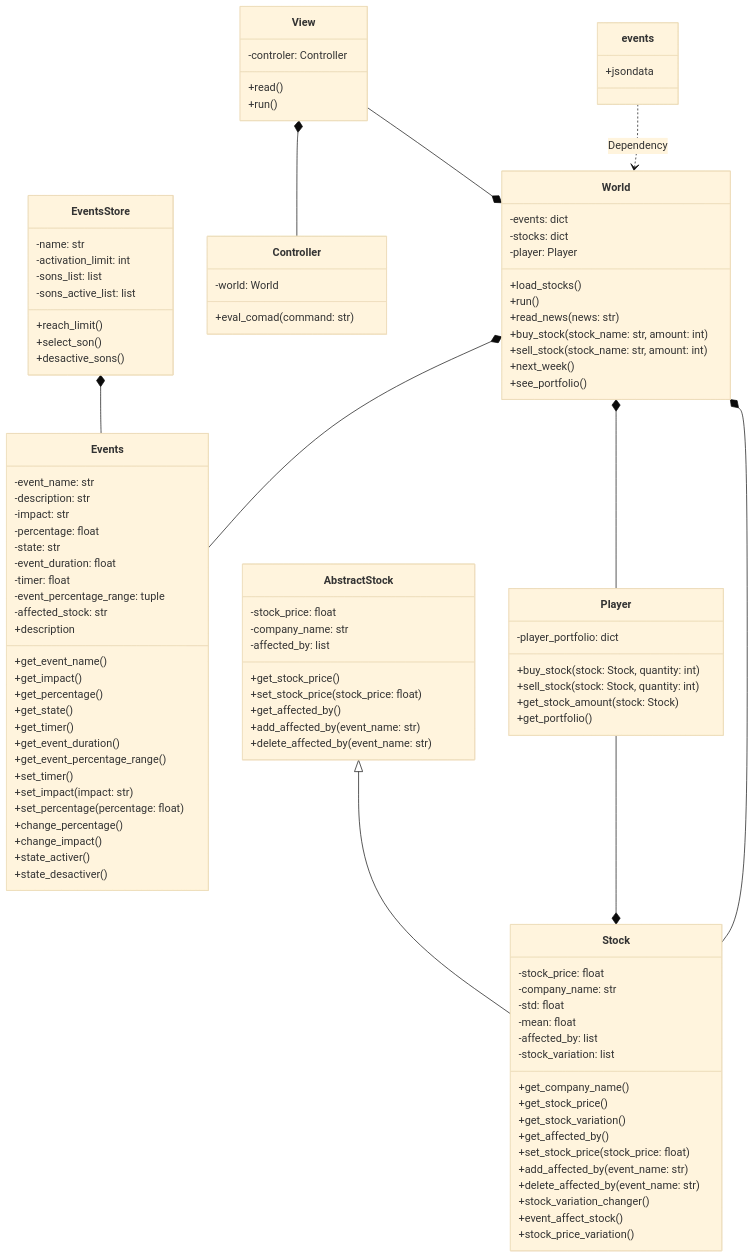
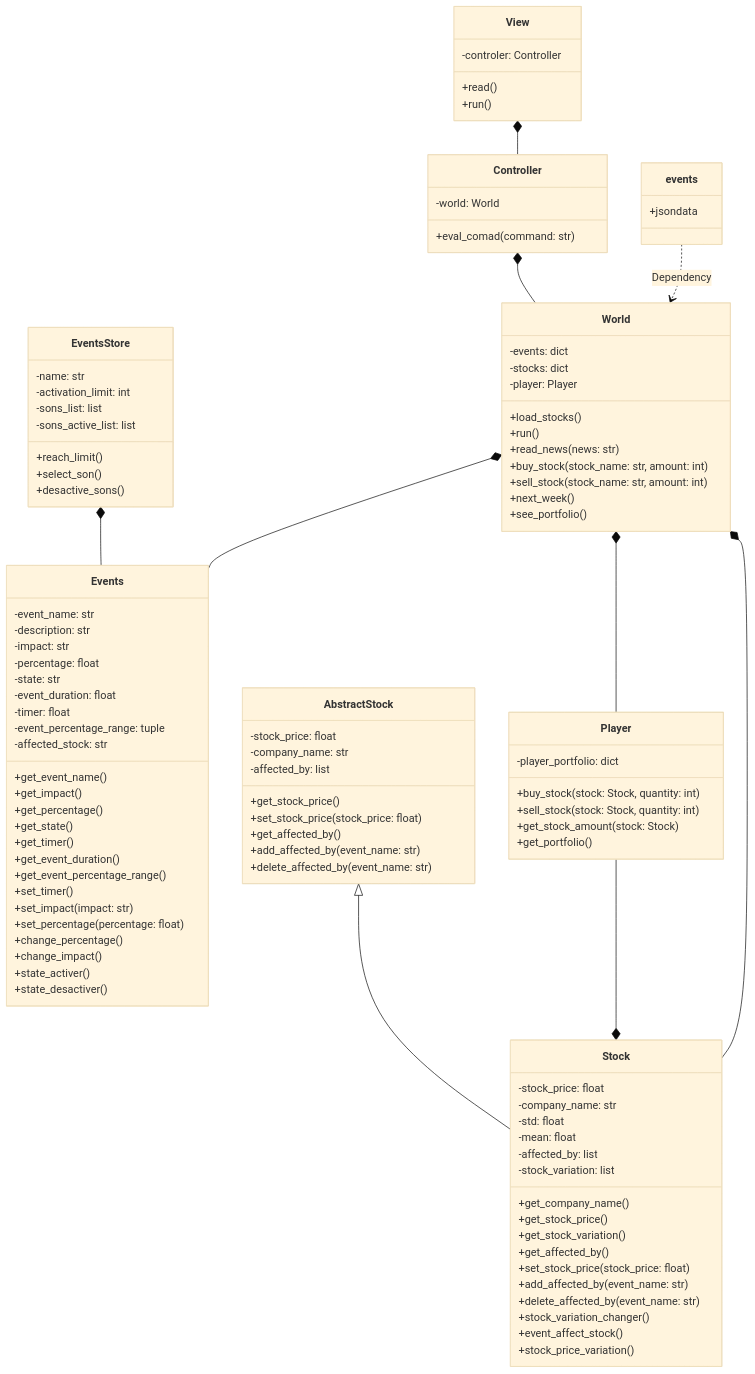
The second of 2 diagrams in README.md (barret50cal3011/Funds-Amentals), drawn with Mermaid (base theme) before and after one commit. The commit also changed other lines of this file and 1 other file, not shown here.

Commit message:
Update READ.ME with info about the process of how we are making the proyect, also correct some problems in the class diagram

```diff
--- a/README.md
+++ b/README.md
@@ -43,7 +147,6 @@
         -event_percentage_range: tuple
         -affected_stock: str
         +get_event_name() 
-        +description
         +get_impact()
         +get_percentage()
         +get_state()
@@ -133,7 +236,7 @@
 
     EventsStore *-- Events
     AbstractStock <|-- Stock
-    View --* World
+    Controller *-- World
     Player --* Stock
     View *-- Controller
     World *-- Events
```
